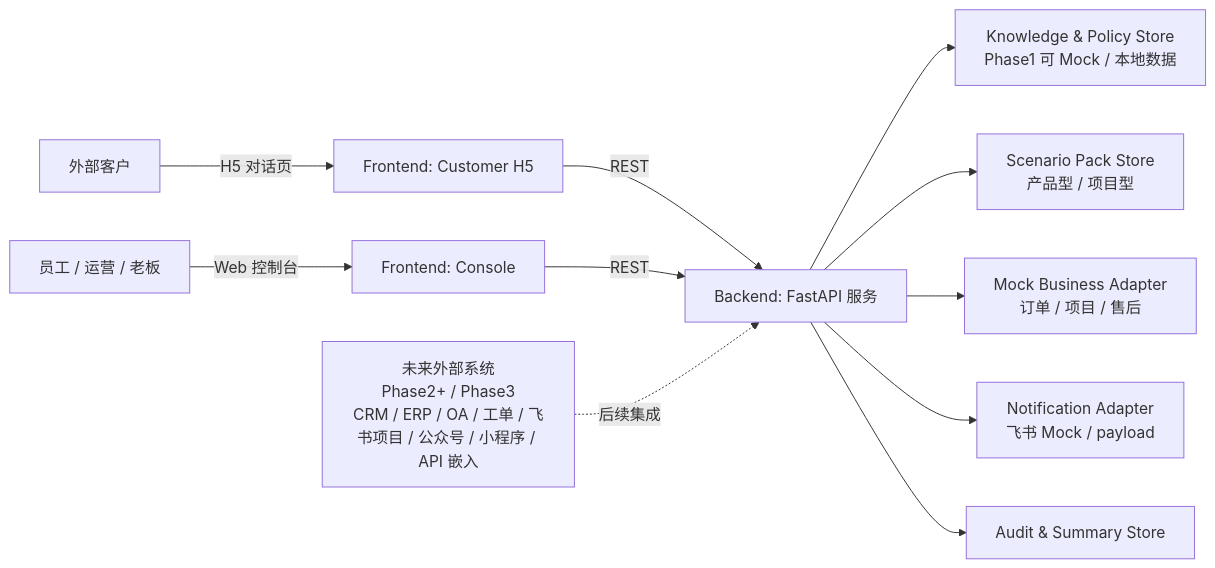
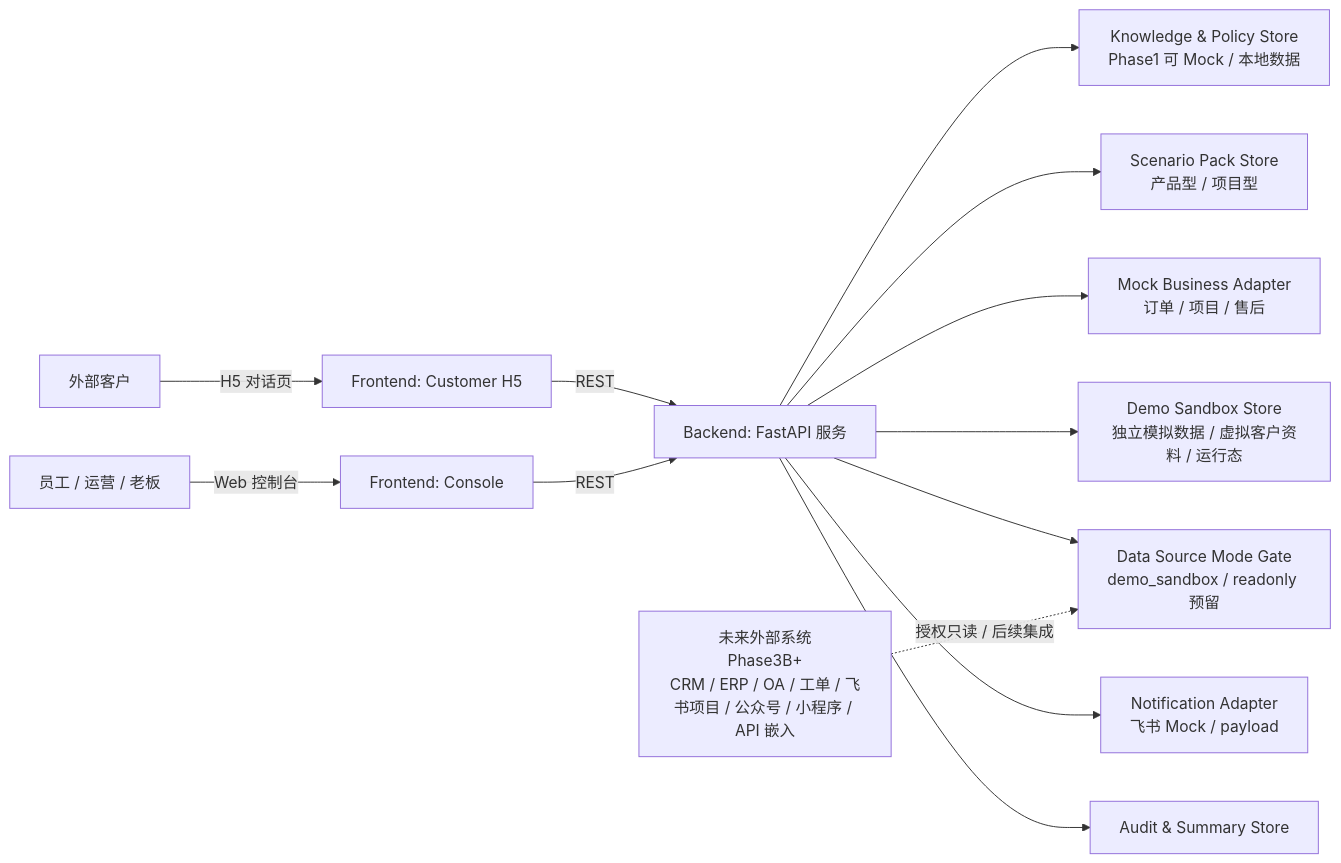
One commit to emily8421/zhiyan-digital-cs-platform changed the first of 4 diagrams in docs/04-architecture.md. Above: the diagram before and after it, drawn with Mermaid. The commit also changed other lines of this file and 23 other files, not shown here.

````diff
--- a/docs/04-architecture.md
+++ b/docs/04-architecture.md
@@ -24,13 +25,15 @@
 ```mermaid
 flowchart LR
   external_customer[外部客户] -->|H5 对话页| customer_h5[Frontend: Customer H5]
   staff[员工 / 运营 / 老板] -->|Web 控制台| console[Frontend: Console]
   customer_h5 -->|REST| backend[Backend: FastAPI 服务]
   console -->|REST| backend
   backend --> knowledge_store[Knowledge & Policy Store\nPhase1 可 Mock / 本地数据]
   backend --> scenario_store[Scenario Pack Store\n产品型 / 项目型]
   backend --> mock_adapter[Mock Business Adapter\n订单 / 项目 / 售后]
+  backend --> sandbox_store[Demo Sandbox Store\n独立模拟数据 / 虚拟客户资料 / 运行态]
+  backend --> source_mode[Data Source Mode Gate\ndemo_sandbox / readonly 预留]
   backend --> notification_adapter[Notification Adapter\n飞书 Mock / payload]
   backend --> audit_store[Audit & Summary Store]
-  future_systems[未来外部系统\nPhase2+ / Phase3\nCRM / ERP / OA / 工单 / 飞书项目 / 公众号 / 小程序 / API 嵌入] -.后续集成.-> backend
+  future_systems[未来外部系统\nPhase3B+\nCRM / ERP / OA / 工单 / 飞书项目 / 公众号 / 小程序 / API 嵌入] -.授权只读 / 后续集成.-> source_mode
 ```
````
